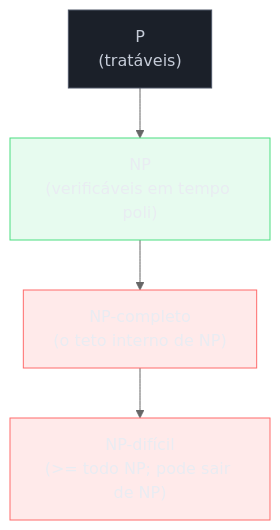
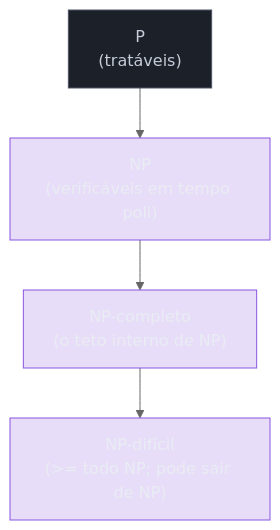
Before and after one commit to josenaldo/codex-technomanticus: the first of 4 diagrams in 03-Dominios/Ciência/Teoria da Computação/15 - NP-completude - Cook-Levin e a cadeia de Karp.md, drawn with Mermaid (neutral theme). The commit also changed other lines of this file and 601 other files, not shown here.

````diff
--- a/03-Dominios/Ciência/Teoria da Computação/15 - NP-completude - Cook-Levin e a cadeia de Karp.md
+++ b/03-Dominios/Ciência/Teoria da Computação/15 - NP-completude - Cook-Levin e a cadeia de Karp.md
@@ -80,19 +80,18 @@
 ```mermaid
 flowchart TB
+    classDef marca fill:#8855DF33,stroke:#8855DF,color:#E9ECF2
     classDef neutro fill:#1B2029,stroke:#4E5666,color:#C6CCD8
-    classDef ok fill:#4ADE8021,stroke:#4ADE80,color:#E9ECF2
-    classDef falha fill:#FF6B6B24,stroke:#FF6B6B,color:#E9ECF2
     P["P<br/>(tratáveis)"]
     NP["NP<br/>(verificáveis em tempo poli)"]
     NPC["NP-completo<br/>(o teto interno de NP)"]
     NPH["NP-difícil<br/>(>= todo NP; pode sair de NP)"]
 
     P --> NP
     NP --> NPC
     NPC --> NPH
 
     class P neutro
-    class NP ok
-    class NPC falha
-    class NPH falha
+    class NP marca
+    class NPC marca
+    class NPH marca
 ```
````
